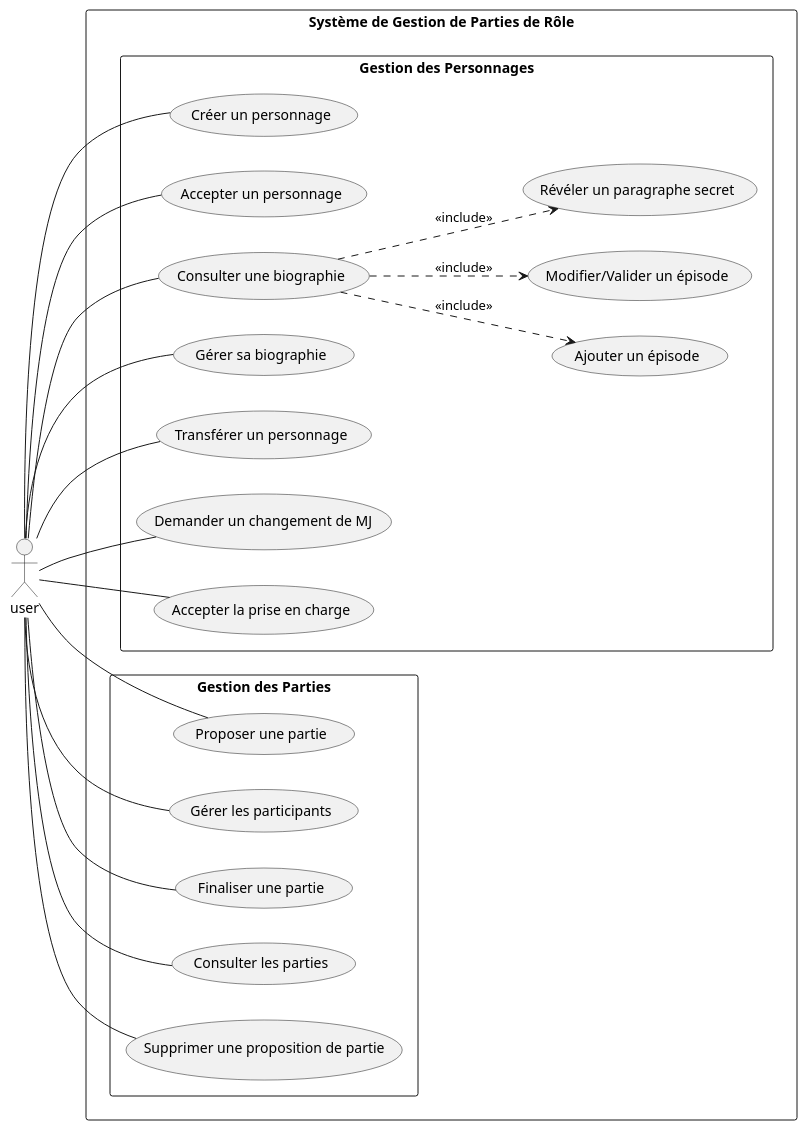
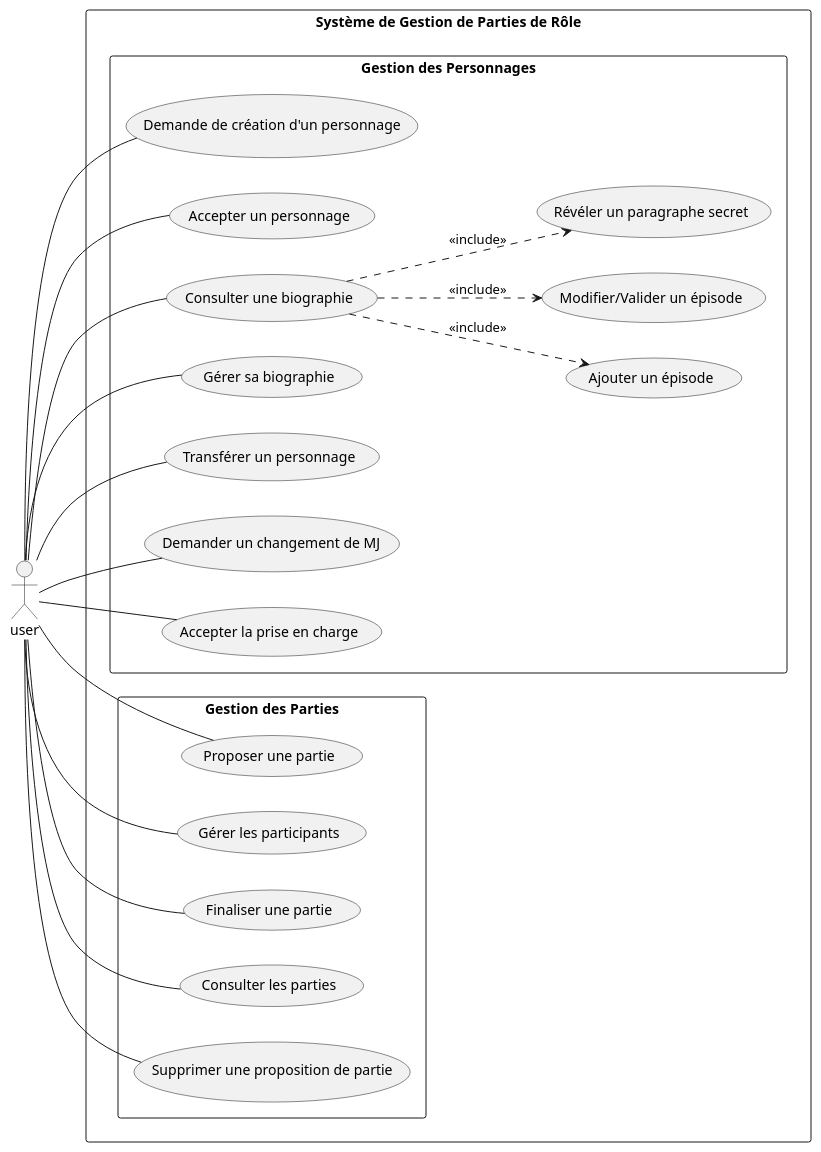
Before and after one commit to arthurrrm/gl-info5: the diagram in uml/use_case.plantuml, drawn with PlantUML. The commit also changed 1 other file, not shown here.

```diff
--- a/uml/use_case.plantuml
+++ b/uml/use_case.plantuml
@@ -1,41 +1,41 @@
 @startuml use_case
 left to right direction
 
 
 rectangle "Système de Gestion de Parties de Rôle" {
   rectangle "Gestion des Personnages" {
-    usecase "Créer un personnage" as UC1
+    usecase "Demande de création d'un personnage" as UC1
     usecase "Accepter un personnage" as UC2
     usecase "Consulter une biographie" as UC3
     usecase "Gérer sa biographie" as UC4
     usecase "Transférer un personnage" as UC5
     usecase "Demander un changement de MJ" as UC6
     usecase "Accepter la prise en charge" as UC7
 
     UC3 ..> (Ajouter un épisode) : <<include>>
     UC3 ..> (Modifier/Valider un épisode) : <<include>>
     UC3 ..> (Révéler un paragraphe secret) : <<include>>
   }
 
   rectangle "Gestion des Parties" {
     usecase "Proposer une partie" as UC8
     usecase "Gérer les participants" as UC9
     usecase "Finaliser une partie" as UC10
     usecase "Consulter les parties" as UC11
     usecase "Supprimer une proposition de partie" as UC12
   }
 }
 
 user -- UC1
 user -- UC2
 user -- UC3
 user -- UC4
 user -- UC5
 user -- UC6
 user -- UC7
 user -- UC8
 user -- UC9
 user -- UC10
 user -- UC11
 user -- UC12
 @enduml
```
